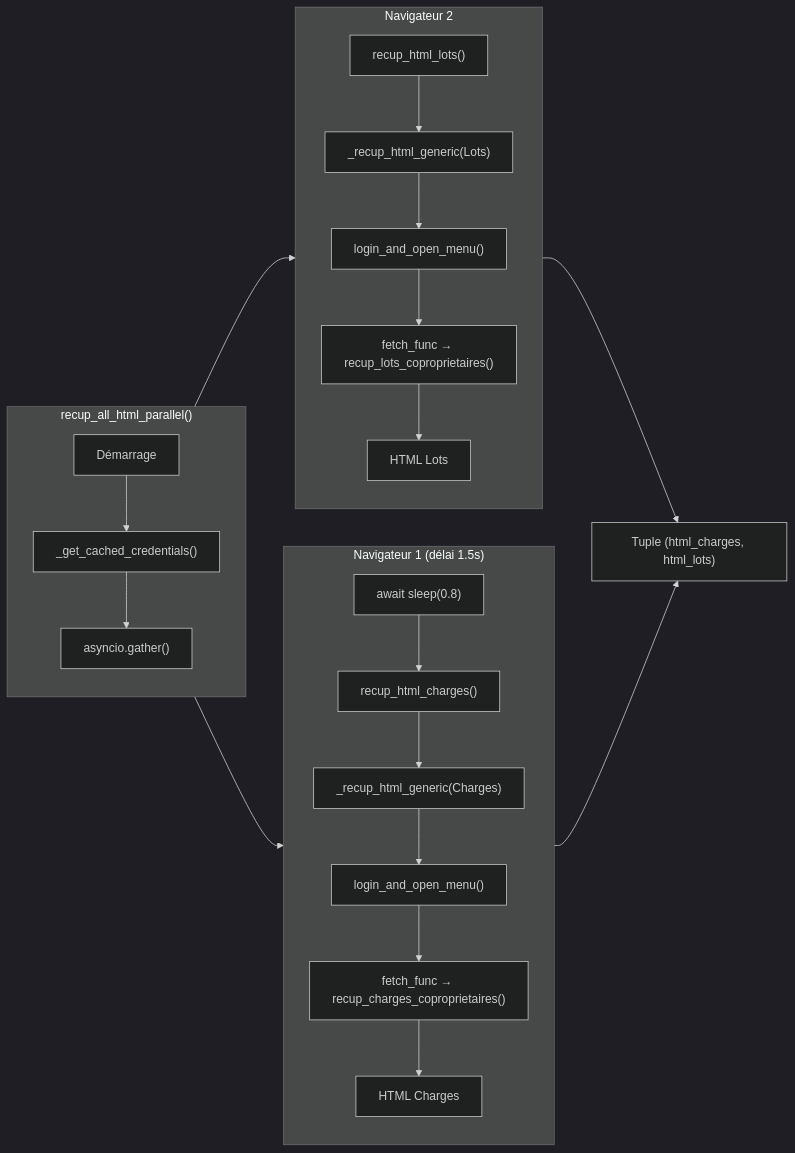
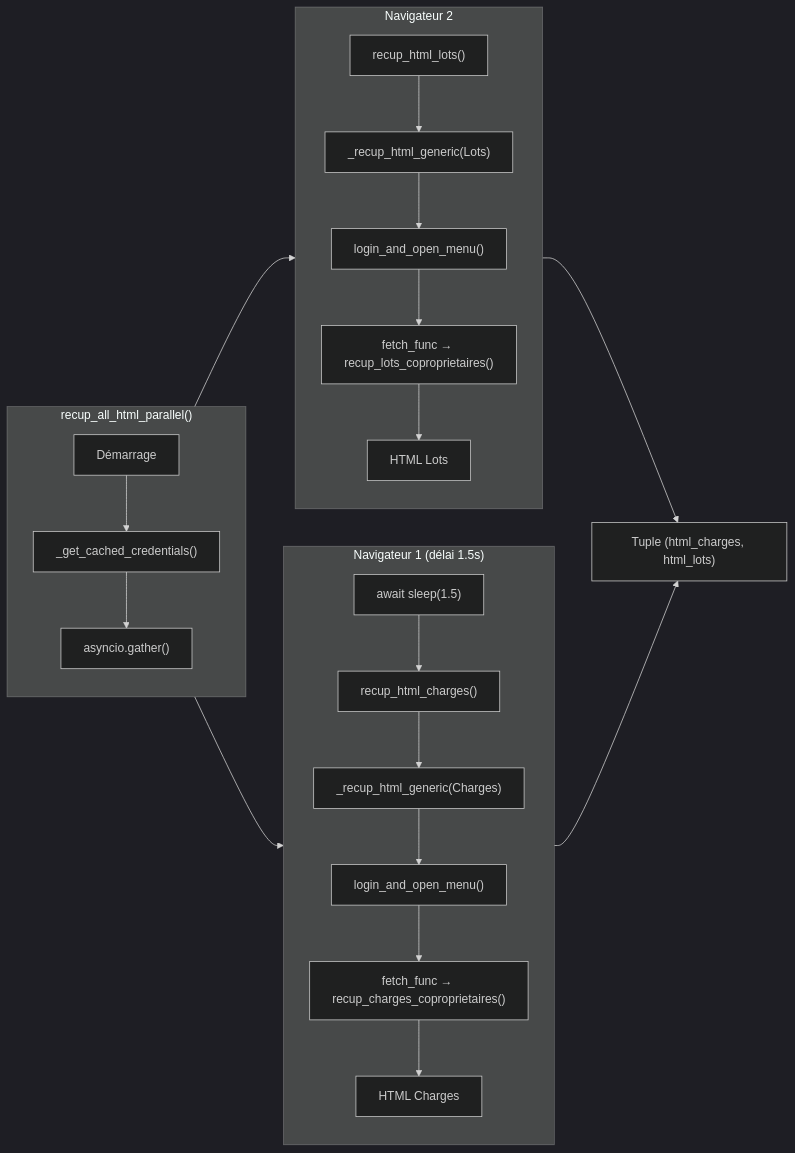
One commit to therealcorwin/CPTCOPRO changed the fifth of 6 diagrams in reports/call_graph.md. Above: the diagram before and after it, drawn with Mermaid (dark theme). The commit also changed other lines of this file, not shown here.

Commit message:
fix: Augmenter le délai de récupération des données dans le graphe des appels

````diff
--- a/reports/call_graph.md
+++ b/reports/call_graph.md
@@ -355,31 +355,31 @@
 ```mermaid
 flowchart LR
     subgraph Orchestration["recup_all_html_parallel()"]
         direction TB
         start["Démarrage"] --> creds["_get_cached_credentials()"]
         creds --> parallel["asyncio.gather()"]
     end
     
     subgraph Nav1["Navigateur 1 (délai 1.5s)"]
         direction TB
-        delay["await sleep(0.8)"] --> charges["recup_html_charges()"]
+        delay["await sleep(1.5)"] --> charges["recup_html_charges()"]
         charges --> generic1["_recup_html_generic(Charges)"]
         generic1 --> login1["login_and_open_menu()"]
         login1 --> nav1["fetch_func → recup_charges_coproprietaires()"]
         nav1 --> html1["HTML Charges"]
     end
     
     subgraph Nav2["Navigateur 2"]
         direction TB
         lots["recup_html_lots()"] --> generic2["_recup_html_generic(Lots)"]
         generic2 --> login2["login_and_open_menu()"]
         login2 --> nav2["fetch_func → recup_lots_coproprietaires()"]
         nav2 --> html2["HTML Lots"]
     end
     
     parallel --> Nav1
     parallel --> Nav2
     
     html1 --> result["Tuple (html_charges, html_lots)"]
     html2 --> result
 ```
````
